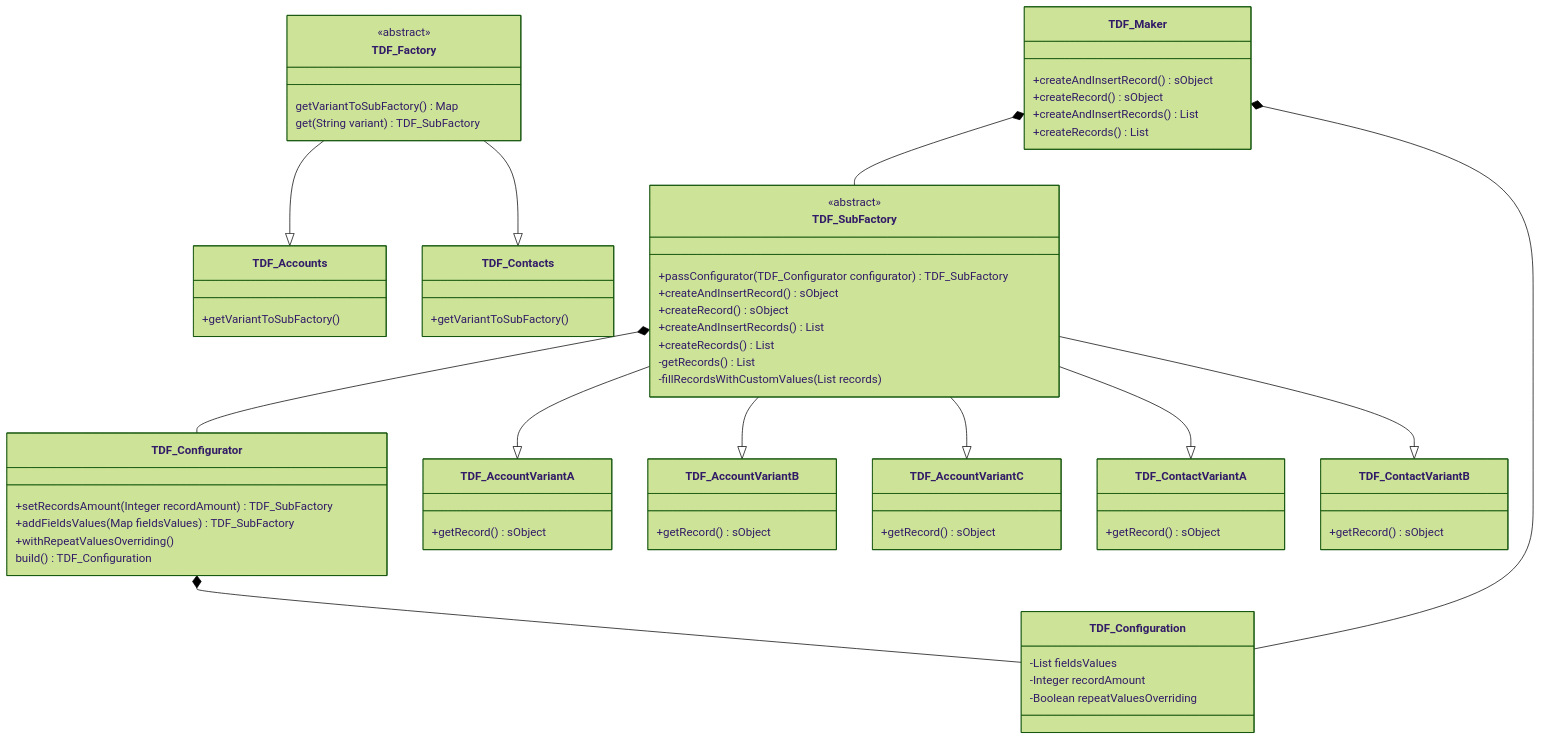
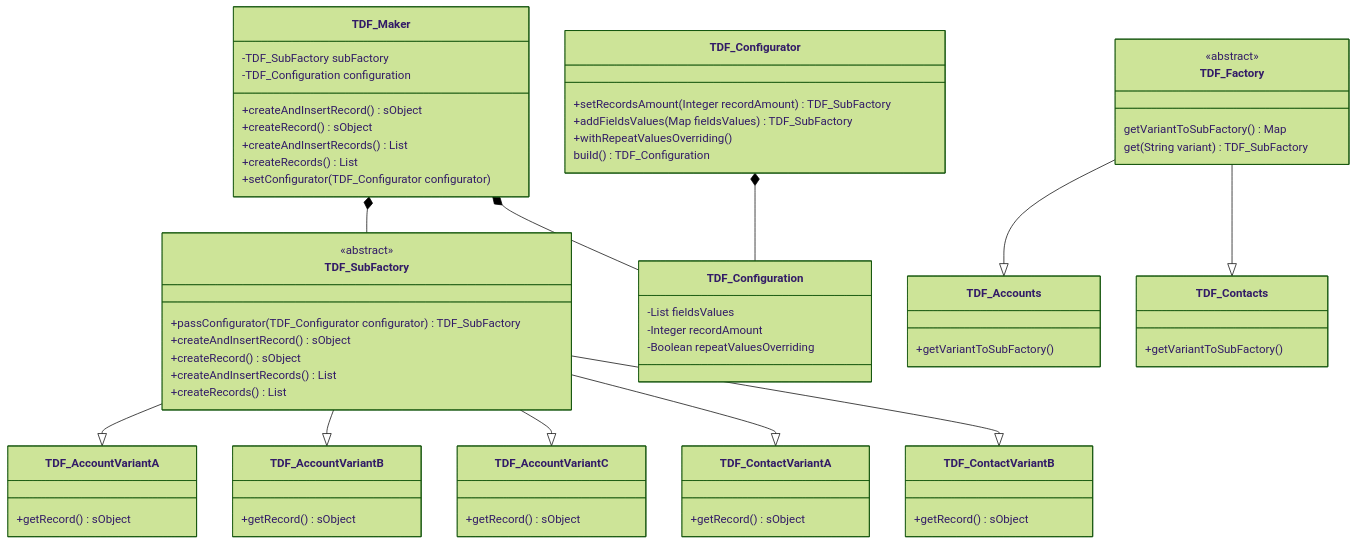
One commit to beyond-the-cloud-dev/salesforce-frameworks changed the second of 2 diagrams in force-app/main/default/classes/tdf/README.md. Above: the diagram before and after it, drawn with Mermaid (forest theme).

Commit message:
UML Update

````diff
--- a/force-app/main/default/classes/tdf/README.md
+++ b/force-app/main/default/classes/tdf/README.md
@@ -60,80 +60,81 @@
 ```mermaid
 classDiagram
     class TDF_Factory {
         <<abstract>>
         getVariantToSubFactory() Map<String, System.Type>
         get(String variant) TDF_SubFactory
     }
 
     class TDF_SubFactory {
         <<abstract>>
         +passConfigurator(TDF_Configurator configurator) TDF_SubFactory
         +createAndInsertRecord() sObject
         +createRecord() sObject
         +createAndInsertRecords() List<sObject>
         +createRecords() List<sObject>
-        -getRecords() List<sObject>
-        -fillRecordsWithCustomValues(List<sObject> records)
     }
 
     class TDF_Configuration {
         -List fieldsValues
         -Integer recordAmount
         -Boolean repeatValuesOverriding
     }
 
     class TDF_Configurator {
         +setRecordsAmount(Integer recordAmount) TDF_SubFactory
         +addFieldsValues(Map fieldsValues) TDF_SubFactory
         +withRepeatValuesOverriding()
         build() TDF_Configuration
     }
 
     class TDF_Maker {
+        -TDF_SubFactory subFactory
+        -TDF_Configuration configuration
         +createAndInsertRecord() sObject
         +createRecord() sObject
         +createAndInsertRecords() List<sObject>
         +createRecords() List<sObject>
+        +setConfigurator(TDF_Configurator configurator)
     }
 
     class TDF_Accounts {
       +getVariantToSubFactory()
     }
 
     class TDF_Contacts {
       +getVariantToSubFactory()
     }
 
     class TDF_AccountVariantA {
         +getRecord() sObject
     }
 
     class TDF_AccountVariantB {
         +getRecord() sObject
     }
 
     class TDF_AccountVariantC {
         +getRecord() sObject
     }
 
     class TDF_ContactVariantA {
         +getRecord() sObject
     }
 
     class TDF_ContactVariantB {
         +getRecord() sObject
     }
 
     TDF_Factory --|> TDF_Accounts
     TDF_Factory --|> TDF_Contacts
 
     TDF_Maker *-- TDF_SubFactory
     TDF_Maker *-- TDF_Configuration
     TDF_Configurator *-- TDF_Configuration
-    TDF_SubFactory  *-- TDF_Configurator
+
     TDF_SubFactory --|> TDF_AccountVariantA
     TDF_SubFactory --|> TDF_AccountVariantB
     TDF_SubFactory --|> TDF_AccountVariantC
     TDF_SubFactory --|> TDF_ContactVariantA
     TDF_SubFactory --|> TDF_ContactVariantB
 ```
````
